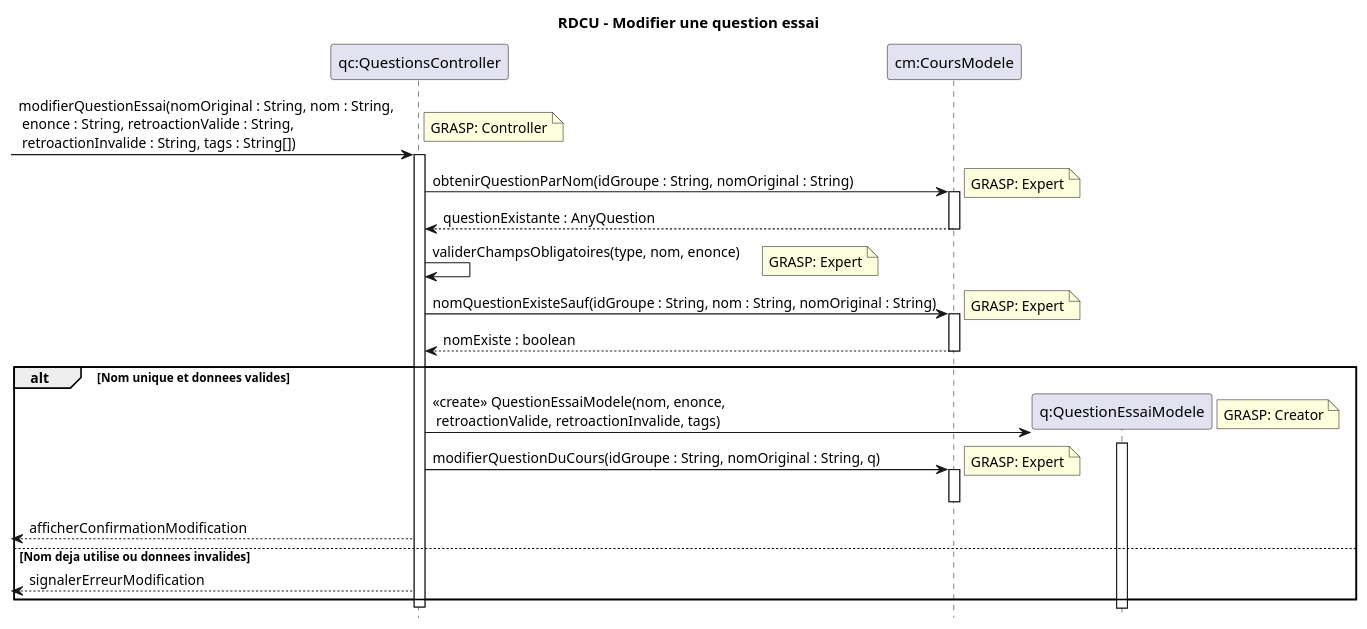
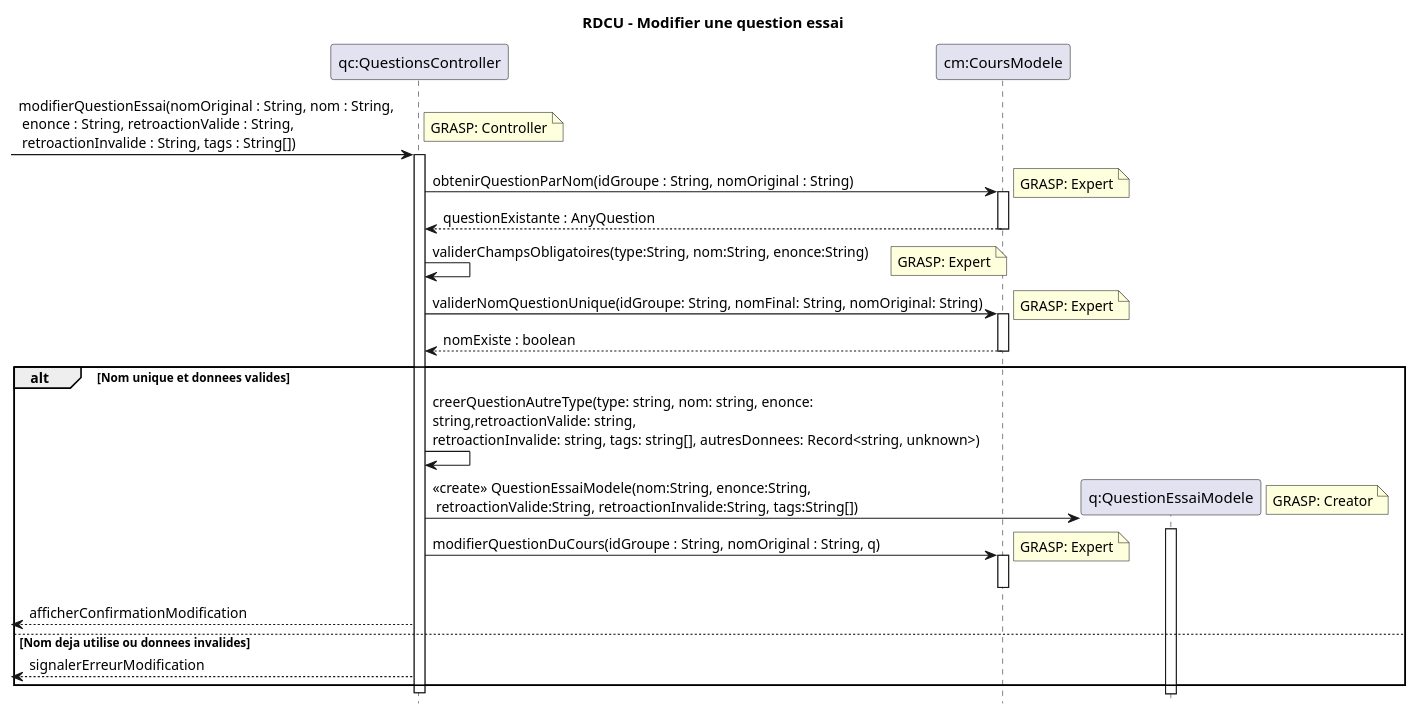
The diagram in docs/modeles/cu02/rdcu-modifier-question-essai.puml (xMrYahya/moodle-clone), drawn with PlantUML before and after one commit. The commit also changed 11 other files, not shown here.

Commit message:
Modifications du rapport et de diagrammes

```diff
--- a/docs/modeles/cu02/rdcu-modifier-question-essai.puml
+++ b/docs/modeles/cu02/rdcu-modifier-question-essai.puml
@@ -1,46 +1,49 @@
 @startuml
 hide footbox
 title RDCU - Modifier une question essai
 
 participant "qc:QuestionsController" as QC
 participant "cm:CoursModele" as CM
 participant "q:QuestionEssaiModele" as Q
 
 -> QC :modifierQuestionEssai(nomOriginal : String, nom : String,\n enonce : String, retroactionValide : String,\n retroactionInvalide : String, tags : String[])
 note right: GRASP: Controller
 activate QC
 
 QC -> CM : obtenirQuestionParNom(idGroupe : String, nomOriginal : String)
 note right: GRASP: Expert
 activate CM
 CM --> QC : questionExistante : AnyQuestion
 deactivate CM
 
-QC -> QC : validerChampsObligatoires(type, nom, enonce)
+QC -> QC : validerChampsObligatoires(type:String, nom:String, enonce:String)
 note right: GRASP: Expert
 
-QC -> CM : nomQuestionExisteSauf(idGroupe : String, nom : String, nomOriginal : String)
+QC -> CM : validerNomQuestionUnique(idGroupe: String, nomFinal: String, nomOriginal: String)
 note right: GRASP: Expert
 activate CM
 CM --> QC : nomExiste : boolean
 deactivate CM
 
 alt Nom unique et donnees valides
+  
+  QC -> QC : creerQuestionAutreType(type: string, nom: string, enonce: \nstring,retroactionValide: string, \nretroactionInvalide: string, tags: string[], autresDonnees: Record<string, unknown>)
+
   create Q
-  QC -> Q : <<create>> QuestionEssaiModele(nom, enonce,\n retroactionValide, retroactionInvalide, tags)
+  QC -> Q : <<create>> QuestionEssaiModele(nom:String, enonce:String,\n retroactionValide:String, retroactionInvalide:String, tags:String[])
   note right: GRASP: Creator
   activate Q
   deactivate Q
 
   QC -> CM : modifierQuestionDuCours(idGroupe : String, nomOriginal : String, q)
   note right: GRASP: Expert
   activate CM
   deactivate CM
 
   <-- QC : afficherConfirmationModification
 else Nom deja utilise ou donnees invalides
   <-- QC : signalerErreurModification
 end
 
 deactivate QC
 @enduml
```
